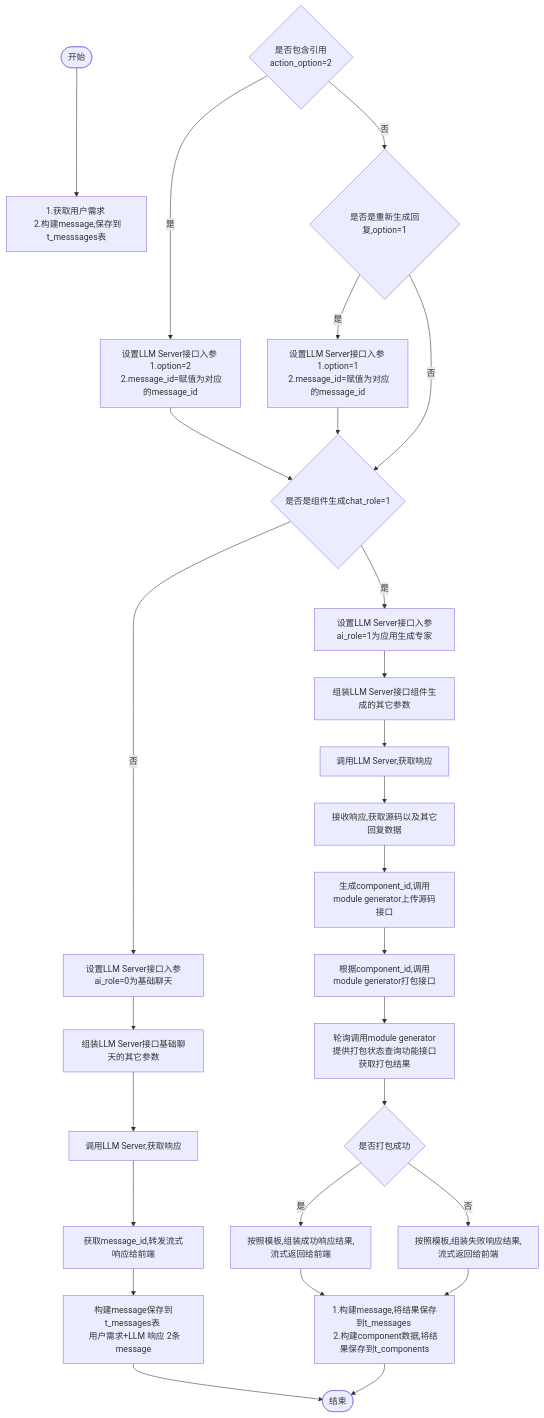
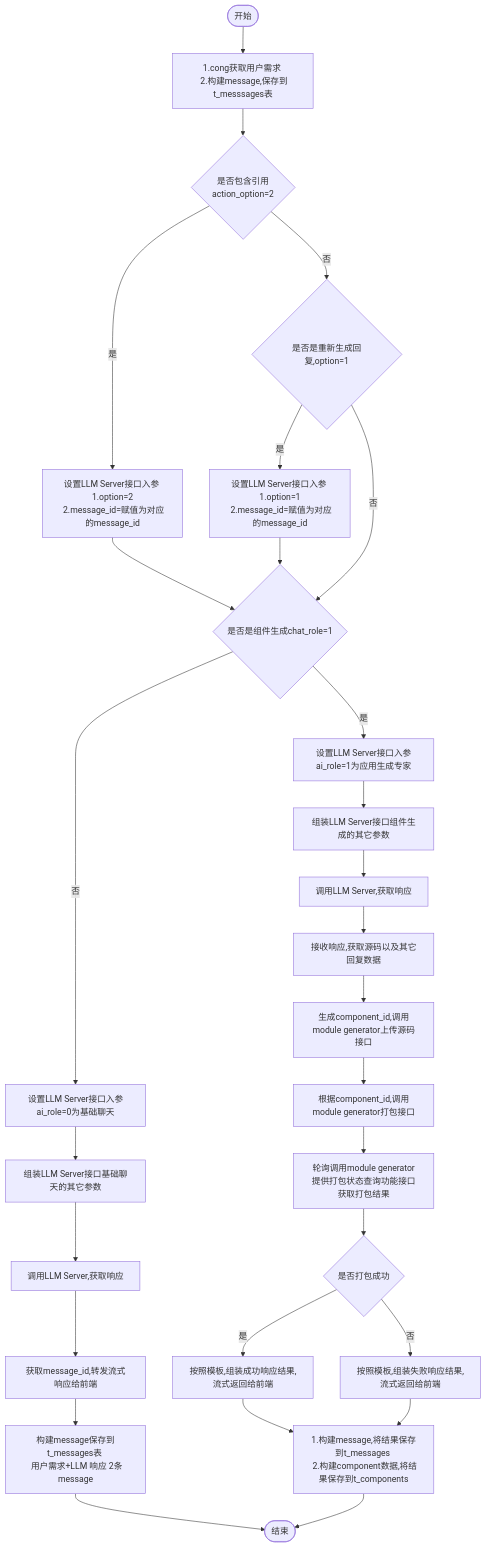
The diagram in all/w3-会话-不需要传递message.md (yingjianzh/iodraw-files), drawn with Mermaid before and after one commit.

Commit message:
2024-10-15 14:19:58 update

````diff
--- a/all/w3-会话-不需要传递message.md
+++ b/all/w3-会话-不需要传递message.md
@@ -1,34 +1,34 @@
 ```mermaid
 flowchart TD
-    A([开始]) --> B[1.获取用户需求 \n 2.构建message,保存到t_messsages表]
-    D{是否包含引用 \n action_option=2}
+    A([开始]) --> B[1.cong获取用户需求 \n 2.构建message,保存到t_messsages表]
+    B--> D{是否包含引用 \n action_option=2}
     D -- 是 --> E[设置LLM Server接口入参 \n 1.option=2 \n 2.message_id=赋值为对应的message_id]
     D -- 否 --> F{是否是重新生成回复,option=1}
     F -- 是 --> G[设置LLM Server接口入参 \n 1.option=1 \n 2.message_id=赋值为对应的message_id]
     F -- 否 --> I
      
     E & G --> I{是否是组件生成chat_role=1}
     I -- 否 --> K[设置LLM Server接口入参ai_role=0为基础聊天]
     I -- 是 --> J[设置LLM Server接口入参ai_role=1为应用生成专家]
     
 
     J --> L[组装LLM Server接口组件生成的其它参数]    
     K --> M[组装LLM Server接口基础聊天的其它参数]    
     M --> N[调用LLM Server,获取响应]    
     N --> O[获取message_id,转发流式响应给前端]
     O --> P[构建message保存到t_messages表 \n 用户需求+LLM 响应 2条message]
     P --> R([结束])
 
 
     L --> S[调用LLM Server,获取响应]
     S --> T[接收响应,获取源码以及其它回复数据]
     T --> U[生成component_id,调用module generator上传源码接口]
     U --> V[根据component_id,调用module generator打包接口]
     V --> W[轮询调用module generator提供打包状态查询功能接口获取打包结果]
     W --> X{是否打包成功}
     X -- 是 --> Y[按照模板,组装成功响应结果,流式返回给前端]
     X -- 否 --> Z[按照模板,组装失败响应结果,流式返回给前端]
 
     Y & Z --> Result[1.构建message,将结果保存到t_messages \n 2.构建component数据,将结果保存到t_components]
     Result --> R
 ```
````
